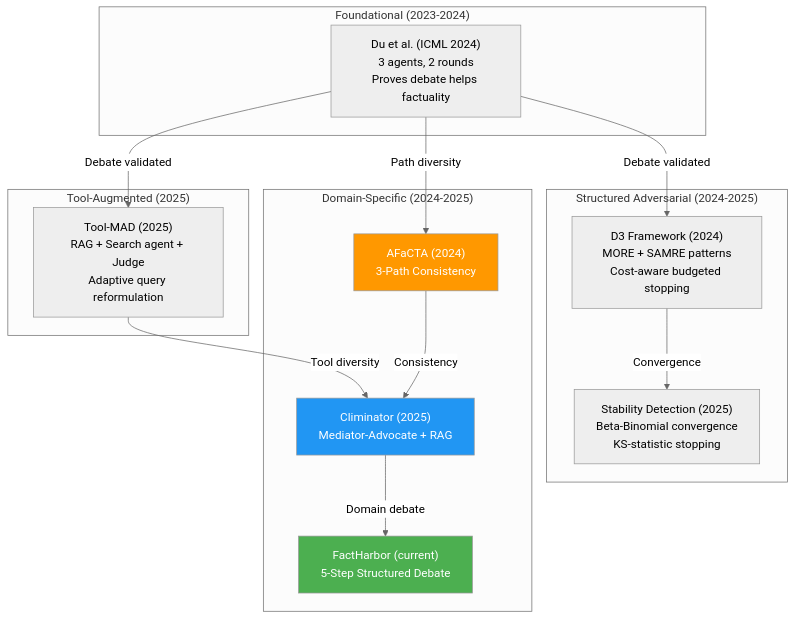
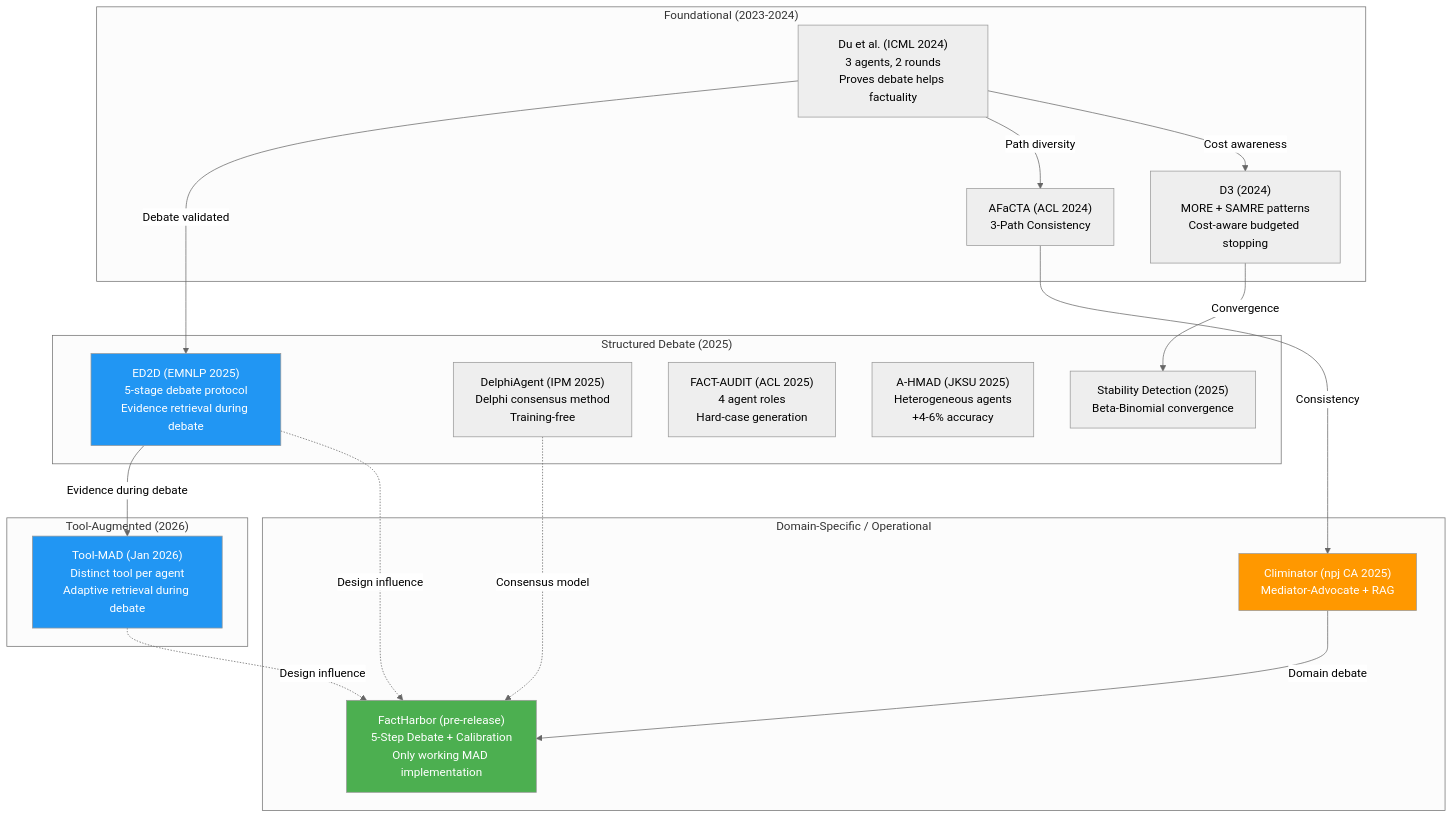
The fifth of 5 diagrams in Docs/Knowledge/Stammbach_Research_Ecosystem_and_FactHarbor_Opportunities.md (robertschaub/FactHarbor), drawn with Mermaid (neutral theme) before and after one commit. The commit also changed other lines of this file and 3 other files, not shown here.

````diff
--- a/Docs/Knowledge/Stammbach_Research_Ecosystem_and_FactHarbor_Opportunities.md
+++ b/Docs/Knowledge/Stammbach_Research_Ecosystem_and_FactHarbor_Opportunities.md
@@ -421,33 +427,41 @@
 ```mermaid
 graph TD
     subgraph "Foundational (2023-2024)"
         DU["Du et al. (ICML 2024)<br/>3 agents, 2 rounds<br/>Proves debate helps factuality"]
+        AF["AFaCTA (ACL 2024)<br/>3-Path Consistency"]
+        D3["D3 (2024)<br/>MORE + SAMRE patterns<br/>Cost-aware budgeted stopping"]
     end
 
-    subgraph "Tool-Augmented (2025)"
-        TM["Tool-MAD (2025)<br/>RAG + Search agent + Judge<br/>Adaptive query reformulation"]
+    subgraph "Structured Debate (2025)"
+        ED["ED2D (EMNLP 2025)<br/>5-stage debate protocol<br/>Evidence retrieval during debate"]
+        DP["DelphiAgent (IPM 2025)<br/>Delphi consensus method<br/>Training-free"]
+        FA["FACT-AUDIT (ACL 2025)<br/>4 agent roles<br/>Hard-case generation"]
+        AH["A-HMAD (JKSU 2025)<br/>Heterogeneous agents<br/>+4-6% accuracy"]
+        MS["Stability Detection (2025)<br/>Beta-Binomial convergence"]
     end
 
-    subgraph "Structured Adversarial (2024-2025)"
-        D3["D3 Framework (2024)<br/>MORE + SAMRE patterns<br/>Cost-aware budgeted stopping"]
-        MS["Stability Detection (2025)<br/>Beta-Binomial convergence<br/>KS-statistic stopping"]
+    subgraph "Tool-Augmented (2026)"
+        TM["Tool-MAD (Jan 2026)<br/>Distinct tool per agent<br/>Adaptive retrieval during debate"]
     end
 
-    subgraph "Domain-Specific (2024-2025)"
-        CL["Climinator (2025)<br/>Mediator-Advocate + RAG"]
-        AF["AFaCTA (2024)<br/>3-Path Consistency"]
-        FH["FactHarbor (current)<br/>5-Step Structured Debate"]
+    subgraph "Domain-Specific / Operational"
+        CL["Climinator (npj CA 2025)<br/>Mediator-Advocate + RAG"]
+        FH["FactHarbor (pre-release)<br/>5-Step Debate + Calibration<br/>Only working MAD implementation"]
     end
 
-    DU -->|"Debate validated"| TM
-    DU -->|"Debate validated"| D3
-    TM -->|"Tool diversity"| CL
+    DU -->|"Debate validated"| ED
+    DU -->|"Path diversity"| AF
+    DU -->|"Cost awareness"| D3
     D3 -->|"Convergence"| MS
-    DU -->|"Path diversity"| AF
+    ED -->|"Evidence during debate"| TM
     AF -->|"Consistency"| CL
     CL -->|"Domain debate"| FH
+    TM -.->|"Design influence"| FH
+    ED -.->|"Design influence"| FH
+    DP -.->|"Consensus model"| FH
 
     style FH fill:#4CAF50,color:#fff
-    style CL fill:#2196F3,color:#fff
-    style AF fill:#FF9800,color:#fff
+    style ED fill:#2196F3,color:#fff
+    style TM fill:#2196F3,color:#fff
+    style CL fill:#FF9800,color:#fff
 ```
````
